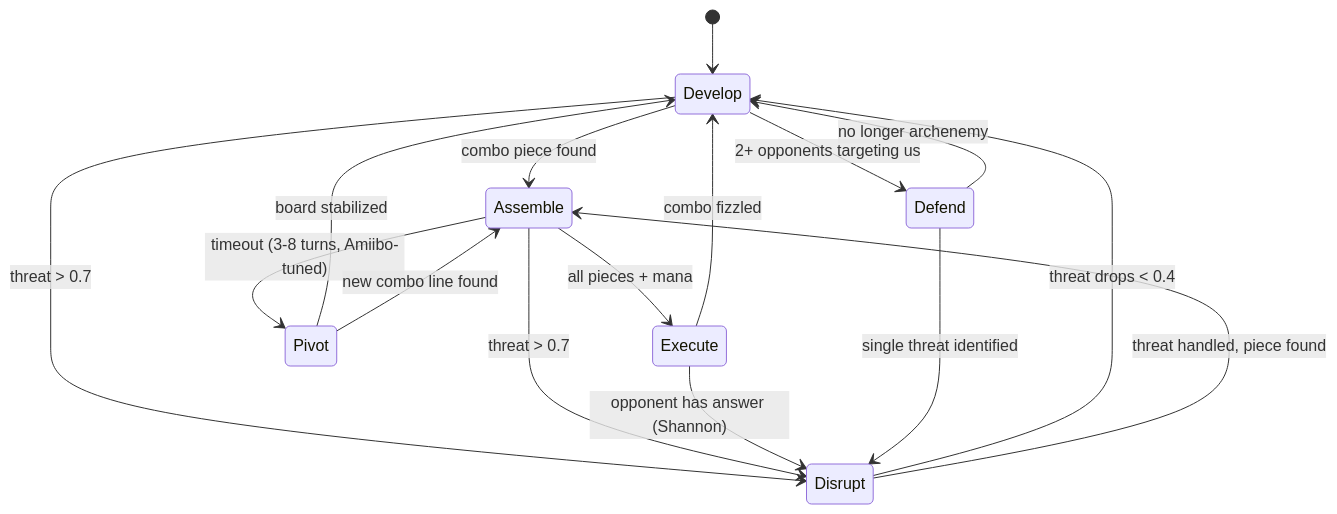
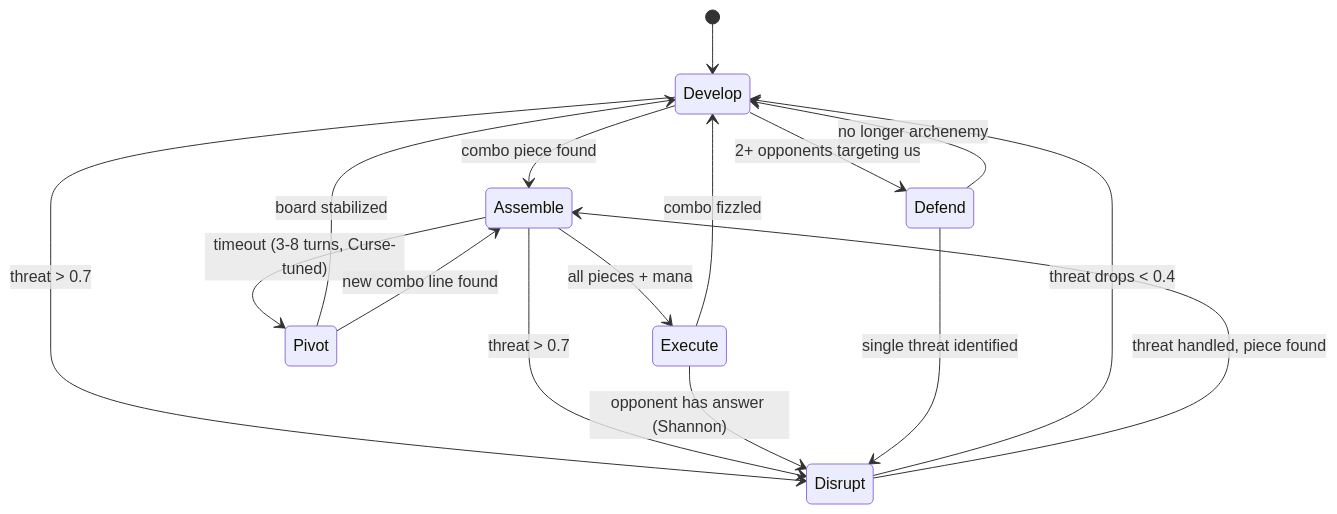
Before and after one commit to HexDek/HexDek: the diagram in docs/architecture/Hat State Machine.md, drawn with Mermaid. The commit also changed other lines of this file and 24 other files, not shown here.

First line of the commit message:
rename amiibo → curse across entire codebase (legal)

````diff
--- a/docs/architecture/Hat State Machine.md
+++ b/docs/architecture/Hat State Machine.md
@@ -25,23 +25,23 @@
 ```mermaid
 stateDiagram-v2
     [*] --> Develop
     Develop --> Assemble: combo piece found
     Develop --> Disrupt: threat > 0.7
     Develop --> Defend: 2+ opponents targeting us
 
     Assemble --> Execute: all pieces + mana
-    Assemble --> Pivot: timeout (3-8 turns, Amiibo-tuned)
+    Assemble --> Pivot: timeout (3-8 turns, Curse-tuned)
     Assemble --> Disrupt: threat > 0.7
 
     Execute --> Develop: combo fizzled
     Execute --> Disrupt: opponent has answer (Shannon)
 
     Disrupt --> Develop: threat drops < 0.4
     Disrupt --> Assemble: threat handled, piece found
 
     Pivot --> Develop: board stabilized
     Pivot --> Assemble: new combo line found
 
     Defend --> Develop: no longer archenemy
     Defend --> Disrupt: single threat identified
 ```
````
